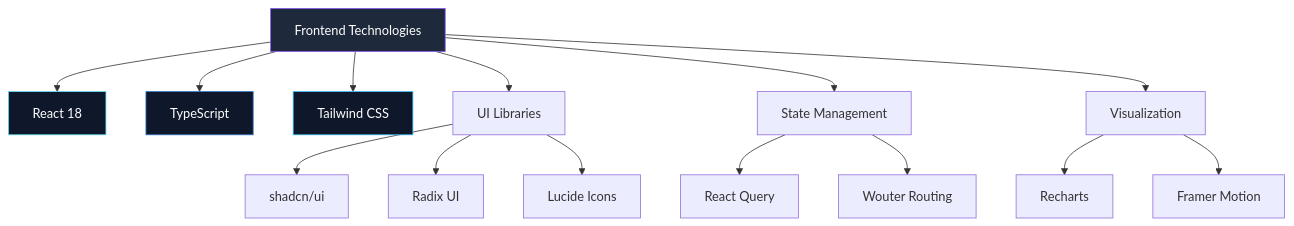
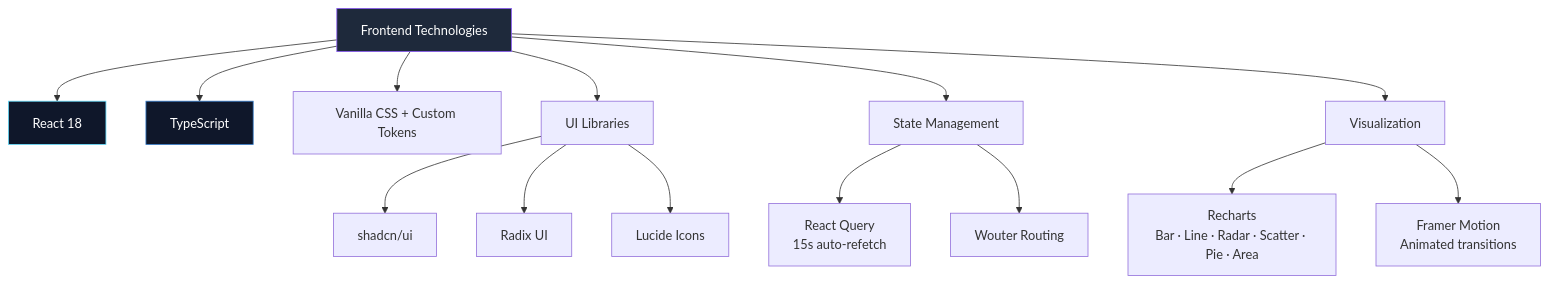
Before and after one commit to vengeance0112/Campus-Intel---Hackathon-3: the sixth of 15 diagrams in README.md, drawn with Mermaid. The commit also changed other lines of this file, not shown here.

````diff
--- a/README.md
+++ b/README.md
@@ -270,24 +336,23 @@
 ```mermaid
 graph TD
     A["Frontend Technologies"] --> B["React 18"]
     A --> C["TypeScript"]
-    A --> D["Tailwind CSS"]
+    A --> D["Vanilla CSS + Custom Tokens"]
+
     A --> E["UI Libraries"]
-    
     E --> E1["shadcn/ui"]
     E --> E2["Radix UI"]
     E --> E3["Lucide Icons"]
-    
+
     A --> F["State Management"]
-    F --> F1["React Query"]
+    F --> F1["React Query\n15s auto-refetch"]
     F --> F2["Wouter Routing"]
-    
+
     A --> G["Visualization"]
-    G --> G1["Recharts"]
-    G --> G2["Framer Motion"]
-    
+    G --> G1["Recharts\nBar · Line · Radar · Scatter · Pie · Area"]
+    G --> G2["Framer Motion\nAnimated transitions"]
+
     style A fill:#1e293b,stroke:#8b5cf6,color:#fff
     style B fill:#0f172a,stroke:#61dafb,color:#fff
     style C fill:#0f172a,stroke:#3178c6,color:#fff
-    style D fill:#0f172a,stroke:#38bdf8,color:#fff
 ```
````
